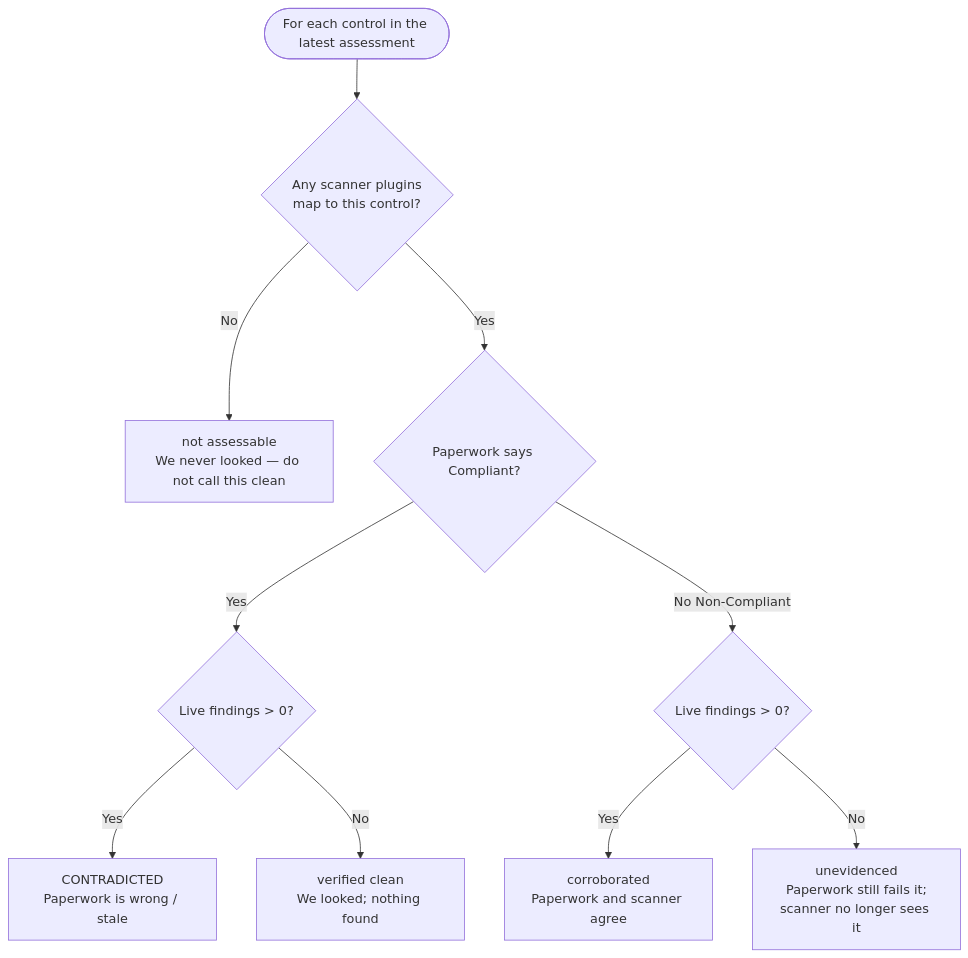
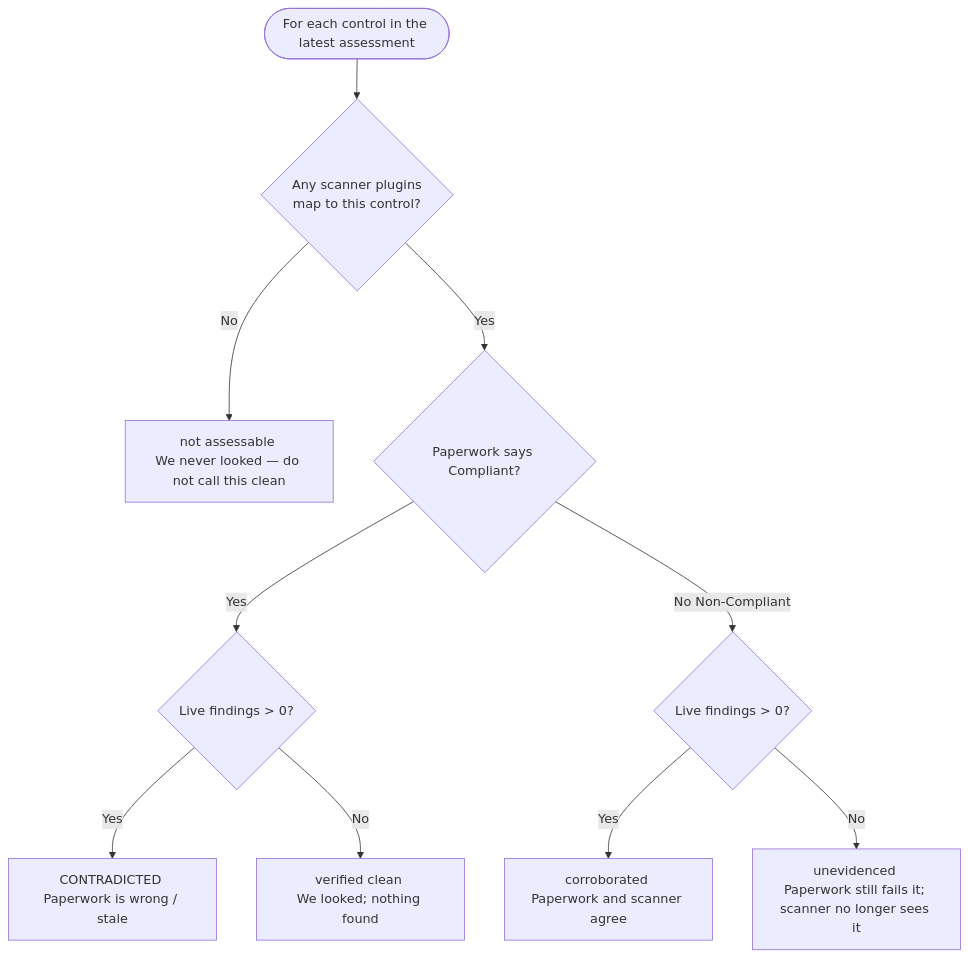
The seventh of 9 diagrams in OVERVIEW.md (LeonardSibelius/scan-ingest), drawn with Mermaid before and after one commit. The commit also changed other lines of this file, not shown here.

Commit message:
docs(OVERVIEW): space before each <br> so labels read even when a renderer strips line breaks

````diff
--- a/OVERVIEW.md
+++ b/OVERVIEW.md
@@ -454,12 +454,12 @@
 ```mermaid
 flowchart TD
-    Start([For each control in the latest assessment]) --> Q1{"Any scanner plugins<br>map to this control?"}
-    Q1 -->|No| NA["not assessable<br>We never looked — do not call this clean"]
+    Start([For each control in the latest assessment]) --> Q1{"Any scanner plugins <br>map to this control?"}
+    Q1 -->|No| NA["not assessable <br>We never looked — do not call this clean"]
     Q1 -->|Yes| Q2{"Paperwork says Compliant?"}
     Q2 -->|Yes| Q3{"Live findings > 0?"}
-    Q3 -->|Yes| C["CONTRADICTED<br>Paperwork is wrong / stale"]
-    Q3 -->|No| VC["verified clean<br>We looked; nothing found"]
+    Q3 -->|Yes| C["CONTRADICTED <br>Paperwork is wrong / stale"]
+    Q3 -->|No| VC["verified clean <br>We looked; nothing found"]
     Q2 -->|No Non-Compliant| Q4{"Live findings > 0?"}
-    Q4 -->|Yes| CO["corroborated<br>Paperwork and scanner agree"]
-    Q4 -->|No| U["unevidenced<br>Paperwork still fails it;<br>scanner no longer sees it"]
+    Q4 -->|Yes| CO["corroborated <br>Paperwork and scanner agree"]
+    Q4 -->|No| U["unevidenced <br>Paperwork still fails it; <br>scanner no longer sees it"]
 ```
````
